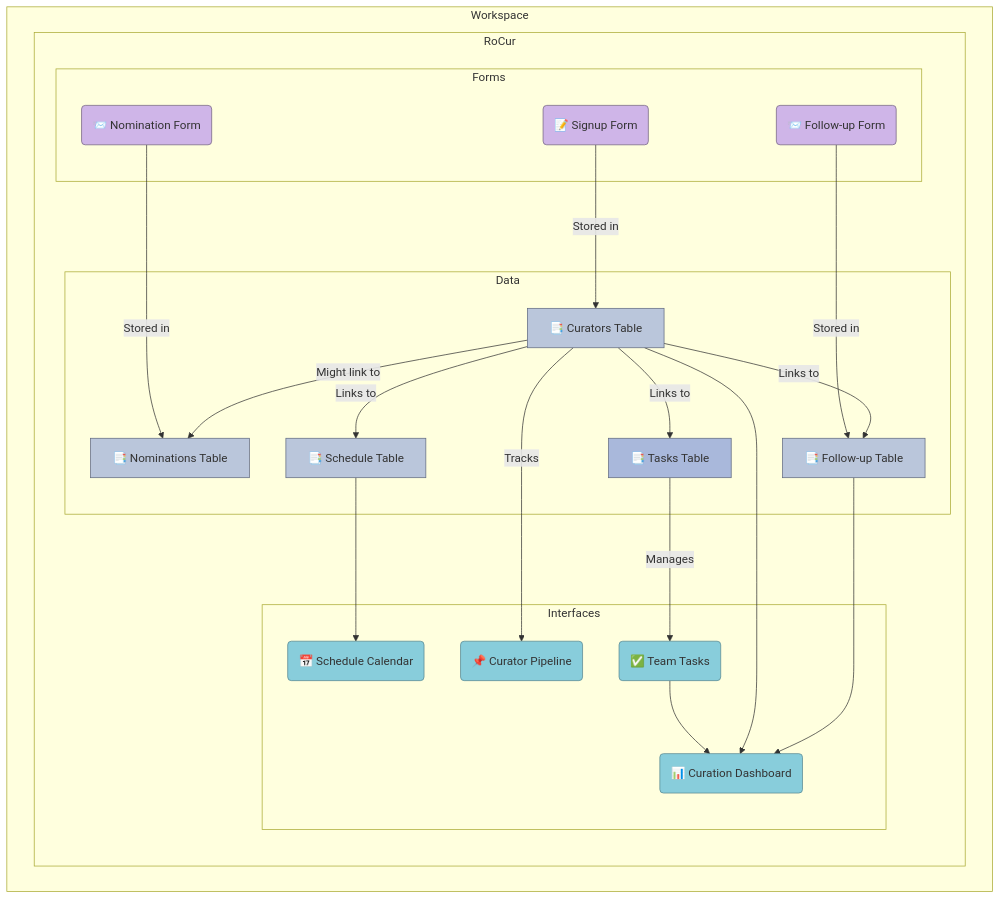
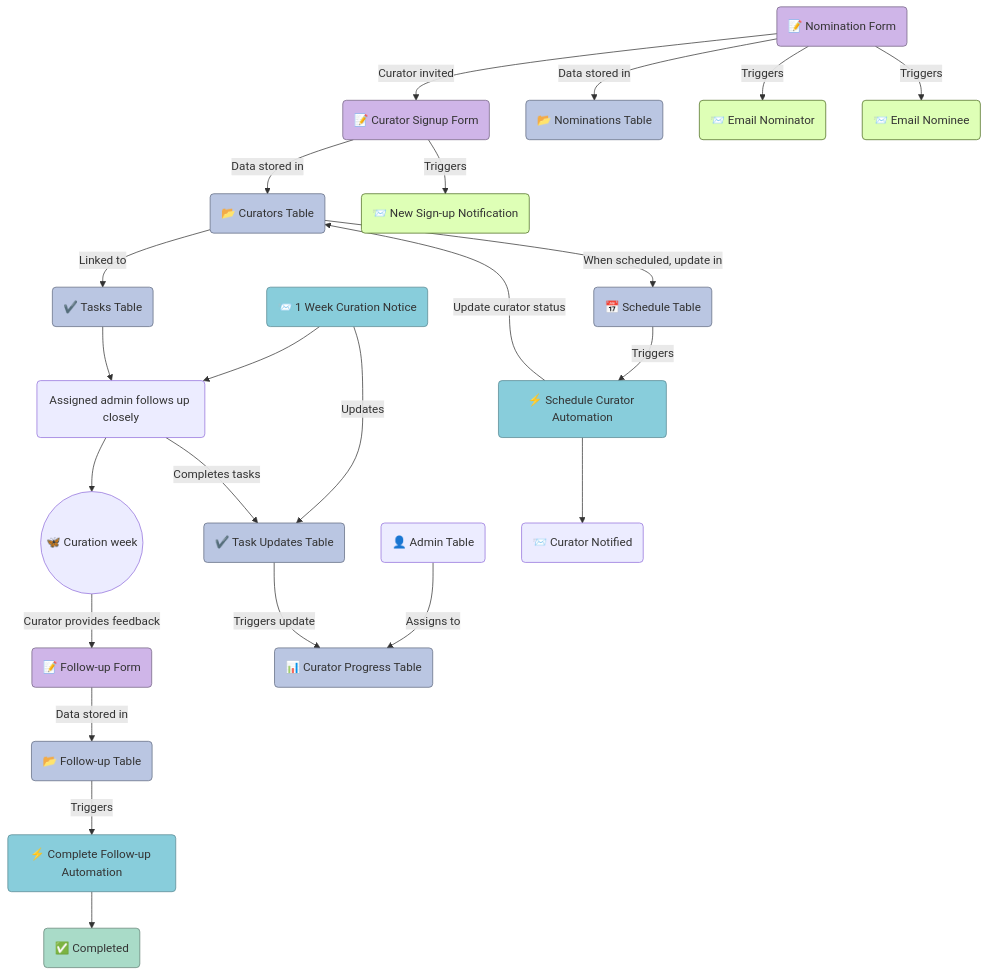
The second of 2 diagrams in content/rocur/admin guide/airtable/index.en.md (rladies/rladiesguide), drawn with Mermaid before and after one commit.

Commit message:
fix mermaids

```diff
--- a/content/rocur/admin guide/airtable/index.en.md
+++ b/content/rocur/admin guide/airtable/index.en.md
@@ -299,65 +309,83 @@
-{{<mermaid  align="left">}}
+{{<mermaid align="left">}}
 
 graph TD;
+%% Forms
+NominationsForm("📝 Nomination Form");
+SignupForm("📝 Curator Signup Form");
+FollowUpForm("📝 Follow-up Form");
 
-subgraph Workspace
+%% Tables
+NominationsTable("📂 Nominations Table");
+CuratorsTable("📂 Curators Table");
+ScheduleTable("📅 Schedule Table");
+FollowUpTable("📂 Follow-up Table");
+TasksTable("✔️ Tasks Table");
+AdminTable("👤 Admin Table");
+TaskUpdatesTable("✔️ Task Updates Table");
+CuratorProgressTable("📊 Curator Progress Table");
 
-subgraph RoCur
-
-    subgraph Data
-      NominationsTable["📑 Nominations Table"]
-      CuratorsTable["📑 Curators Table"]
-      ScheduleTable["📑 Schedule Table"]
-      FollowUpTable["📑 Follow-up Table"]
-      TasksTable["📑 Tasks Table"]
-    end
-
-    subgraph Forms
-      NominationForm("📨 Nomination Form")
-      SignupForm("📝 Signup Form")
-      FollowUpForm("📨 Follow-up Form")
-    end
-
-    subgraph Interfaces
-      Dashboard("📊 Curation Dashboard")
-      Calendar("📅 Schedule Calendar")
-      Pipeline("📌 Curator Pipeline")
-      TeamTasks("✅ Team Tasks")
-    end
-
-end
-end
+%% Actions
+EmailNominator("📨 Email Nominator");
+EmailNominee("📨 Email Nominee");
+NewSignupNotification("📨 New Sign-up Notification");
+ScheduleAutomation("⚡ Schedule Curator Automation");
+WeekNotice("📨 1 Week Curation Notice");
+CompletionAutomation("⚡ Complete Follow-up Automation");
+PreCurationWeek("Assigned admin follows up closely");
+CurationWeek(("🦋 Curation week"));
 
 %% Connections
-NominationForm -->|Stored in| NominationsTable
-SignupForm -->|Stored in| CuratorsTable
-FollowUpForm -->|Stored in| FollowUpTable
-CuratorsTable -->|Links to| ScheduleTable
-ScheduleTable --> Calendar
-CuratorsTable -->|Tracks| Pipeline
-TasksTable -->|Manages| TeamTasks
+NominationsForm -->|Data stored in| NominationsTable;
+NominationsForm -->|Curator invited| SignupForm;
+SignupForm -->|Data stored in| CuratorsTable;
 
-CuratorsTable -->|Links to| FollowUpTable
-CuratorsTable -->|Links to| TasksTable
-CuratorsTable -->|Might link to| NominationsTable
+AdminTable --> |Assigns to| CuratorProgressTable;
 
-TeamTasks --> Dashboard
-CuratorsTable --> Dashboard
-FollowUpTable --> Dashboard
+CuratorsTable -->|When scheduled, update in| ScheduleTable;
+ScheduleTable -->|Triggers| ScheduleAutomation;
+ScheduleAutomation --> CuratorNotified
+CuratorNotified("📨 Curator Notified");
+ScheduleAutomation -->|Update curator status| CuratorsTable;
+CuratorsTable -->|Linked to| TasksTable;
 
+WeekNotice --> PreCurationWeek;
+WeekNotice --> |Updates | TaskUpdatesTable;
+TasksTable --> PreCurationWeek;
+PreCurationWeek -->|Completes tasks| TaskUpdatesTable;
+TaskUpdatesTable -->|Triggers update| CuratorProgressTable;
+PreCurationWeek --> CurationWeek
+CurationWeek -->|Curator provides feedback| FollowUpForm;
+FollowUpForm -->|Data stored in| FollowUpTable;
+
+FollowUpTable -->|Triggers| CompletionAutomation;
+CompletionAutomation --> CompletedCurators("✅ Completed");
+
+%% Additional Automations
+NominationsForm -->|Triggers| EmailNominator
+NominationsForm -->|Triggers| EmailNominee;
+SignupForm -->|Triggers| NewSignupNotification;
+
+%% Styles
 style NominationsTable fill:#a9b8dbcc,stroke:#616a80;
 style CuratorsTable fill:#a9b8dbcc,stroke:#616a80;
 style ScheduleTable fill:#a9b8dbcc,stroke:#616a80;
 style FollowUpTable fill:#a9b8dbcc,stroke:#616a80;
-style TasksTable fill:#a9b8db,stroke:#616a80;
+style TasksTable fill:#a9b8dbcc,stroke:#616a80;
+style TaskUpdatesTable fill:#a9b8dbcc,stroke:#616a80;
+style CuratorProgressTable fill:#a9b8dbcc,stroke:#616a80;
 
-style NominationForm fill:#cfb5e8,stroke:#736382;
+style NominationsForm fill:#cfb5e8,stroke:#736382;
 style SignupForm fill:#cfb5e8,stroke:#736382;
 style FollowUpForm fill:#cfb5e8,stroke:#736382;
 
-style Dashboard fill:#88cddb,stroke:#578891;
-style Calendar fill:#88cddb,stroke:#578891;
-style Pipeline fill:#88cddb,stroke:#578891;
-style TeamTasks fill:#88cddb,stroke:#578891;
+style CompletionAutomation fill:#88cddb,stroke:#578891;
+style ScheduleAutomation fill:#88cddb,stroke:#578891;
+style WeekNotice fill:#88cddb,stroke:#578891;
+
+style CompletedCurators fill:#a9dbc8,stroke:#638276;
+
+style EmailNominator fill:#deffb6,stroke:#4c6b22;
+style EmailNominee fill:#deffb6,stroke:#4c6b22;
+style NewSignupNotification fill:#deffb6,stroke:#4c6b22;
 
 {{< /mermaid >}}
```
